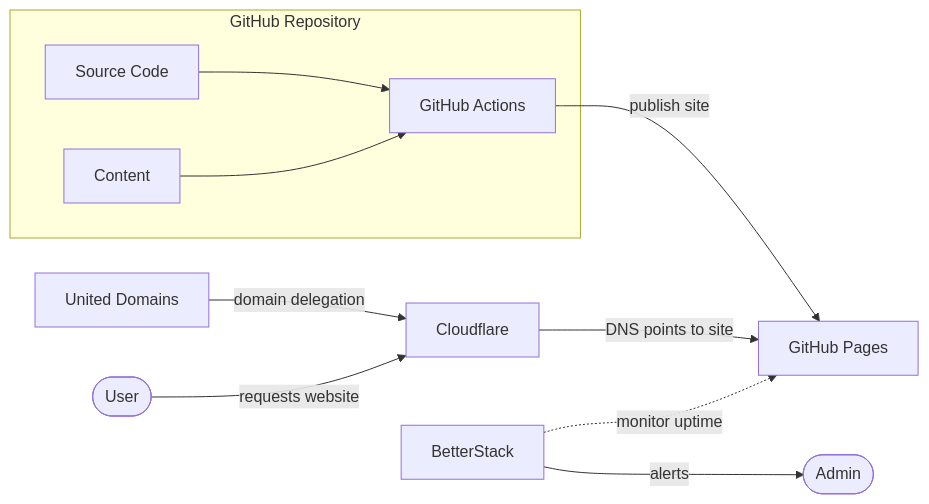
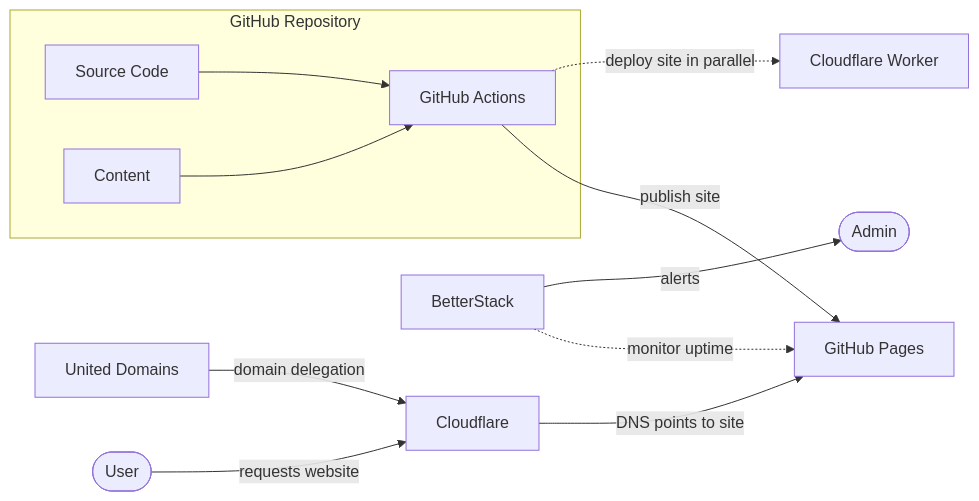
The diagram in README.md (ggarbereder/garbereder.com), drawn with Mermaid before and after one commit.

Commit message:
docs: add Cloudflare Worker to architecture diagram

````diff
--- a/README.md
+++ b/README.md
@@ -8,24 +8,26 @@
 ```mermaid
 flowchart LR
     subgraph GH[GitHub Repository]
         SC[Source Code]
         CT[Content]
         GA[GitHub Actions]
     end
 
     GP[GitHub Pages]
+    CW[Cloudflare Worker]
     UD[United Domains]
     CF[Cloudflare]
     BS[BetterStack]
     U([User])
     A([Admin])
 
     SC --> GA
     CT --> GA
     GA -->|publish site| GP
+    GA -.->|deploy site in parallel| CW
     UD -->|domain delegation| CF
     CF -->|DNS points to site| GP
     BS -.->|monitor uptime| GP
     U -->|requests website| CF
     BS -->|alerts| A
 ```
````
